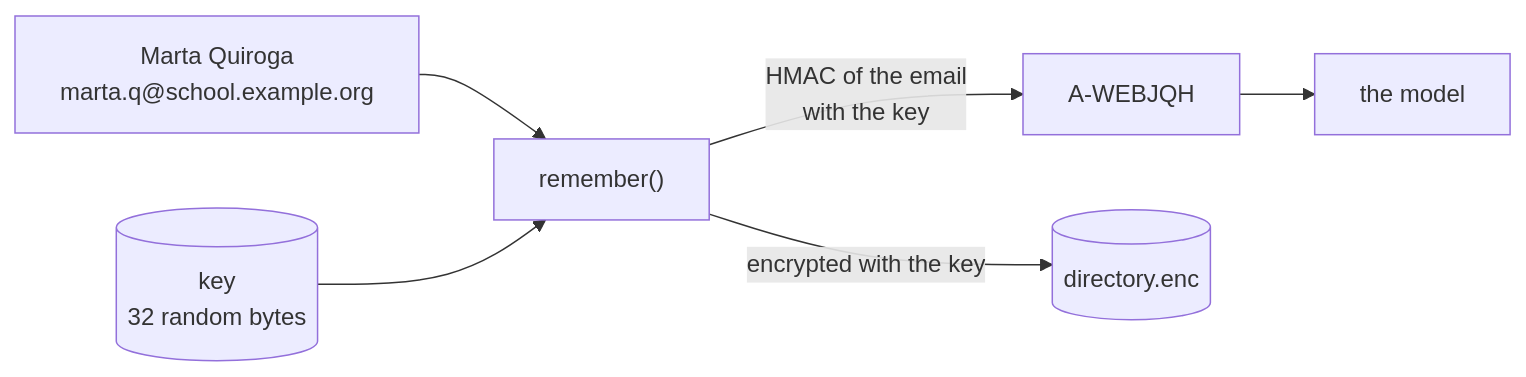
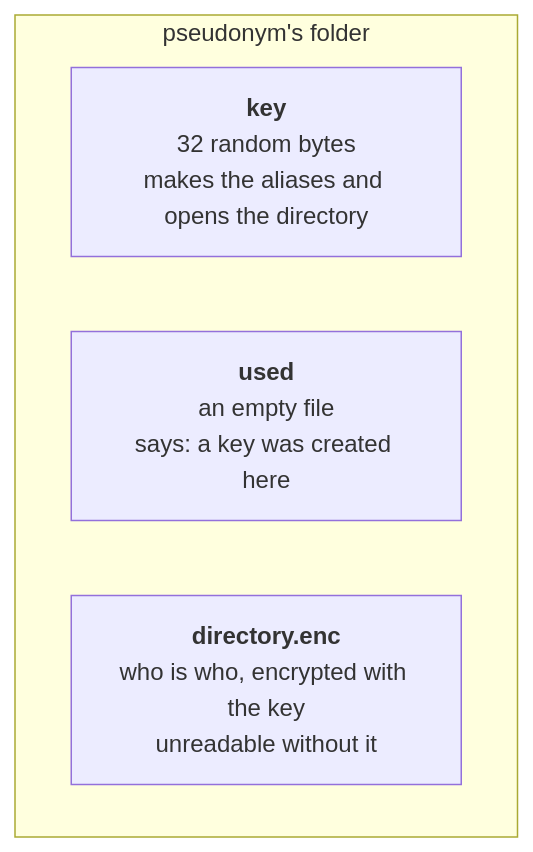
The first of 9 diagrams in docs/content/guides/storage.md (falkenslab/pseudonym), drawn with Mermaid before and after one commit. The commit also changed other lines of this file and 6 other files, not shown here.

First line of the commit message:
docs: step-by-step diagrams for each storage mode

````diff
--- a/docs/content/guides/storage.md
+++ b/docs/content/guides/storage.md
@@ -30,8 +26,8 @@
 ```mermaid
-flowchart LR
-  P["Marta Quiroga<br/>marta.q@school.example.org"] --> R["remember()"]
-  K[("key<br/>32 random bytes")] --> R
-  R -->|"HMAC of the email<br/>with the key"| A["A-WEBJQH"]
-  A --> M["the model"]
-  R -->|"encrypted with the key"| D[("directory.enc")]
+flowchart TB
+  subgraph F["pseudonym's folder"]
+    K["<b>key</b><br/>32 random bytes<br/>makes the aliases and opens the directory"]
+    U["<b>used</b><br/>an empty file<br/>says: a key was created here"]
+    D["<b>directory.enc</b><br/>who is who, encrypted with the key<br/>unreadable without it"]
+  end
 ```
````
